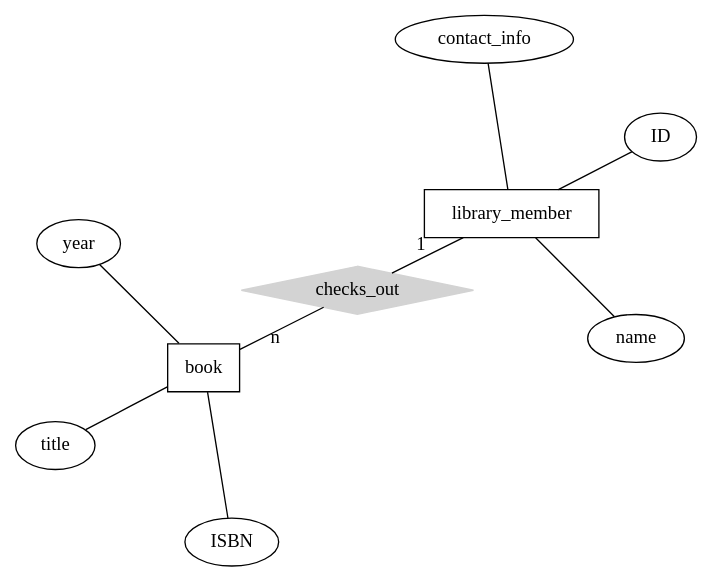
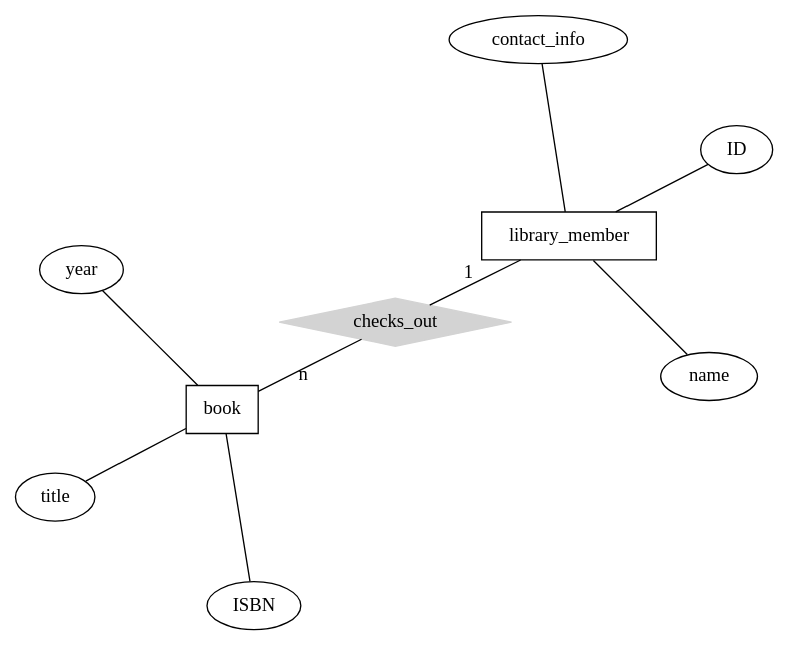
The first of 2 diagrams in hw2/README.qmd (cmsc-vcu/cmsc508-fa2023-hw2-camslam13), drawn with Graphviz before and after one commit. The commit also changed 1 other file, not shown here.

Commit message:
my first commit to this repo

````diff
--- a/hw2/README.qmd
+++ b/hw2/README.qmd
@@ -21,20 +21,20 @@
 ```{dot}
 //| echo: false
 graph ER {
     layout=neato;
-    scale=1.6;
+    scale=1.8;
     node [shape=box]; book; library_member;
     node [shape=ellipse]; name, contact_info, ID, year, title, ISBN
     node [shape=diamond,style=filled,color=lightgrey]; checks_out
     
     library_member -- checks_out [label="1",len=1.00]
     checks_out -- book [label="n",len=1.00]
     
     library_member -- ID
     library_member -- name
     library_member -- contact_info
     book -- year
     book -- title
     book -- ISBN
 }
 ```
````
